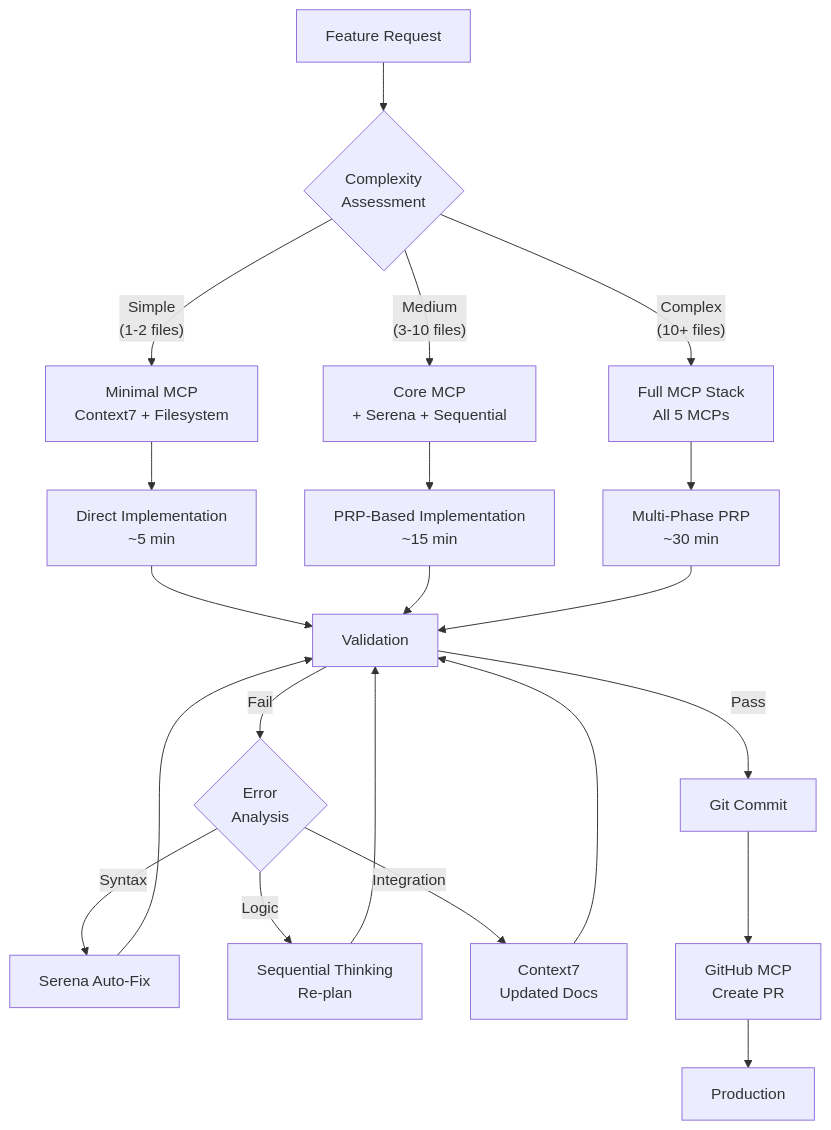
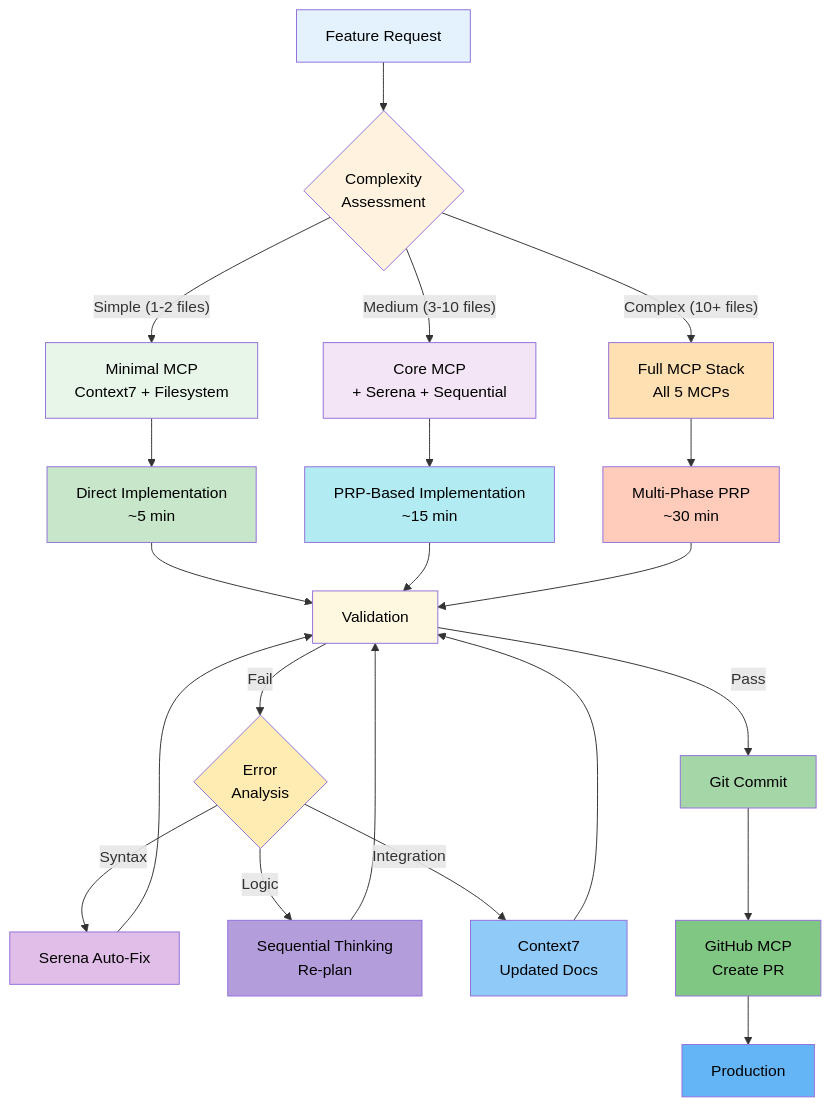
One commit to bprzybys-nc/ctx-eng-plus changed diagram 14 of 17 in docs/06-workflow-patterns.md. Above: the diagram before and after it, drawn with Mermaid. The commit also changed other lines of this file and 8 other files, not shown here.

````diff
--- a/docs/06-workflow-patterns.md
+++ b/docs/06-workflow-patterns.md
@@ -1422,30 +1518,47 @@
 ```mermaid
 graph TD
     A["Feature Request"] --> B{"Complexity<br/>Assessment"}
 
-    B -->|"Simple<br/>(1-2 files)"| C["Minimal MCP<br/>Context7 + Filesystem"]
-    B -->|"Medium<br/>(3-10 files)"| D["Core MCP<br/>+ Serena + Sequential"]
-    B -->|"Complex<br/>(10+ files)"| E["Full MCP Stack<br/>All 5 MCPs"]
+    B -->|"Simple (1-2 files)"| C["Minimal MCP<br/>Context7 + Filesystem"]
+    B -->|"Medium (3-10 files)"| D["Core MCP<br/>+ Serena + Sequential"]
+    B -->|"Complex (10+ files)"| E["Full MCP Stack<br/>All 5 MCPs"]
 
     C --> F["Direct Implementation<br/>~5 min"]
     D --> G["PRP-Based Implementation<br/>~15 min"]
     E --> H["Multi-Phase PRP<br/>~30 min"]
 
     F --> I["Validation"]
     G --> I
     H --> I
 
     I -->|"Pass"| J["Git Commit"]
     I -->|"Fail"| K{"Error<br/>Analysis"}
 
     K -->|"Syntax"| L["Serena Auto-Fix"]
     K -->|"Logic"| M["Sequential Thinking<br/>Re-plan"]
     K -->|"Integration"| N["Context7<br/>Updated Docs"]
 
     L --> I
     M --> I
     N --> I
 
     J --> O["GitHub MCP<br/>Create PR"]
     O --> P["Production"]
+
+    style A fill:#e3f2fd,color:#000
+    style B fill:#fff3e0,color:#000
+    style C fill:#e8f5e9,color:#000
+    style D fill:#f3e5f5,color:#000
+    style E fill:#ffe0b2,color:#000
+    style F fill:#c8e6c9,color:#000
+    style G fill:#b2ebf2,color:#000
+    style H fill:#ffccbc,color:#000
+    style I fill:#fff8e1,color:#000
+    style J fill:#a5d6a7,color:#000
+    style K fill:#ffecb3,color:#000
+    style L fill:#e1bee7,color:#000
+    style M fill:#b39ddb,color:#000
+    style N fill:#90caf9,color:#000
+    style O fill:#81c784,color:#000
+    style P fill:#64b5f6,color:#000
 ```
````
